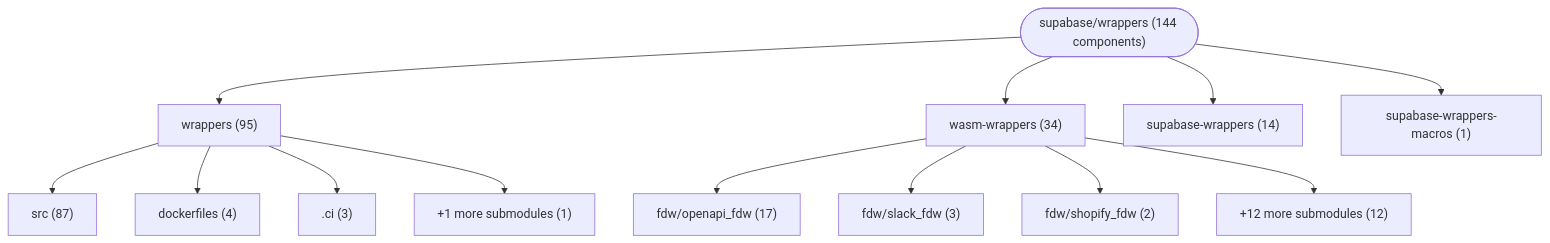
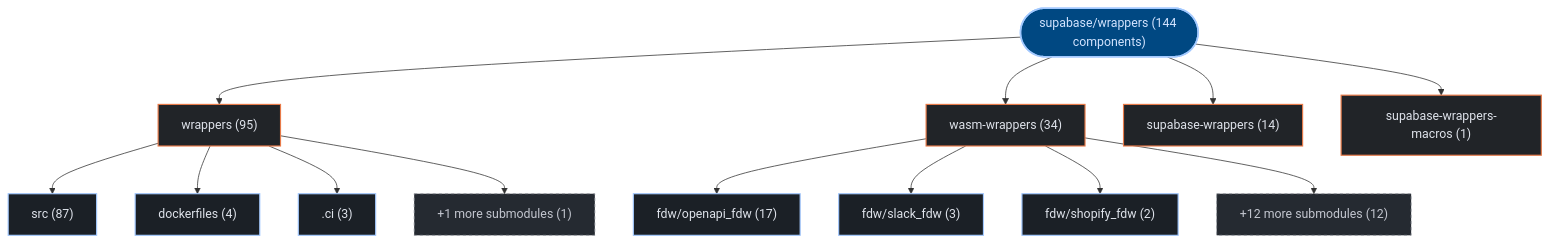
One commit to kumarshaz/atruss-code-atlas changed the first of 3 diagrams in exports/latest/reports/supabase-wrappers-report.md. Above: the diagram before and after it, drawn with Mermaid. The commit also changed other lines of this file and 331 other files, not shown here.

Commit message:
docs,ui,fix: update SDLC docs, reorder CI/CD DAG first, stylize Mermaid, and fix Arc42 pipeline topology

````diff
--- a/exports/latest/reports/supabase-wrappers-report.md
+++ b/exports/latest/reports/supabase-wrappers-report.md
@@ -42,28 +42,35 @@
 ```mermaid
 graph TD;
-    repo_root(["supabase/wrappers (144 components)"])
-    dir_0_wrappers["wrappers (95)"]
+  classDef atlasRoot fill:#004882,stroke:#a3c9ff,stroke-width:2px,color:#d3e4ff
+  classDef atlasCategory fill:#212428,stroke:#E87A48,stroke-width:1.5px,color:#dfe3eb
+  classDef atlasWorkflow fill:#1b2026,stroke:#a3c9ff,stroke-width:1.5px,color:#dfe3eb
+  classDef atlasJob fill:#171c22,stroke:#8d9199,stroke-width:1px,color:#dfe3eb
+  classDef atlasTarget fill:#005227,stroke:#8bd99b,stroke-width:1.5px,color:#a7f6b6
+  classDef atlasAlert fill:#93000a,stroke:#ffb4ab,stroke-width:1.5px,color:#ffdad6
+  classDef atlasMore fill:#252a31,stroke:#8d9199,stroke-dasharray:4 4,color:#c3c6cf
+    repo_root(["supabase/wrappers (144 components)"]):::atlasRoot
+    dir_0_wrappers["wrappers (95)"]:::atlasCategory
     repo_root --> dir_0_wrappers
-    sub_0_0_src["src (87)"]
+    sub_0_0_src["src (87)"]:::atlasWorkflow
     dir_0_wrappers --> sub_0_0_src
-    sub_0_1_dockerfiles["dockerfiles (4)"]
+    sub_0_1_dockerfiles["dockerfiles (4)"]:::atlasWorkflow
     dir_0_wrappers --> sub_0_1_dockerfiles
-    sub_0_2__ci[".ci (3)"]
+    sub_0_2__ci[".ci (3)"]:::atlasWorkflow
     dir_0_wrappers --> sub_0_2__ci
-    sub_0_more["+1 more submodules (1)"]
+    sub_0_more["+1 more submodules (1)"]:::atlasMore
     dir_0_wrappers --> sub_0_more
-    dir_1_wasm_wrappers["wasm-wrappers (34)"]
+    dir_1_wasm_wrappers["wasm-wrappers (34)"]:::atlasCategory
     repo_root --> dir_1_wasm_wrappers
-    sub_1_0_fdw_openapi_fdw["fdw/openapi_fdw (17)"]
+    sub_1_0_fdw_openapi_fdw["fdw/openapi_fdw (17)"]:::atlasWorkflow
     dir_1_wasm_wrappers --> sub_1_0_fdw_openapi_fdw
-    sub_1_1_fdw_slack_fdw["fdw/slack_fdw (3)"]
+    sub_1_1_fdw_slack_fdw["fdw/slack_fdw (3)"]:::atlasWorkflow
     dir_1_wasm_wrappers --> sub_1_1_fdw_slack_fdw
-    sub_1_2_fdw_shopify_fdw["fdw/shopify_fdw (2)"]
+    sub_1_2_fdw_shopify_fdw["fdw/shopify_fdw (2)"]:::atlasWorkflow
     dir_1_wasm_wrappers --> sub_1_2_fdw_shopify_fdw
-    sub_1_more["+12 more submodules (12)"]
+    sub_1_more["+12 more submodules (12)"]:::atlasMore
     dir_1_wasm_wrappers --> sub_1_more
-    dir_2_supabase_wrappers["supabase-wrappers (14)"]
+    dir_2_supabase_wrappers["supabase-wrappers (14)"]:::atlasCategory
     repo_root --> dir_2_supabase_wrappers
-    dir_3_supabase_wrappers_macros["supabase-wrappers-macros (1)"]
+    dir_3_supabase_wrappers_macros["supabase-wrappers-macros (1)"]:::atlasCategory
     repo_root --> dir_3_supabase_wrappers_macros
 ```
````
